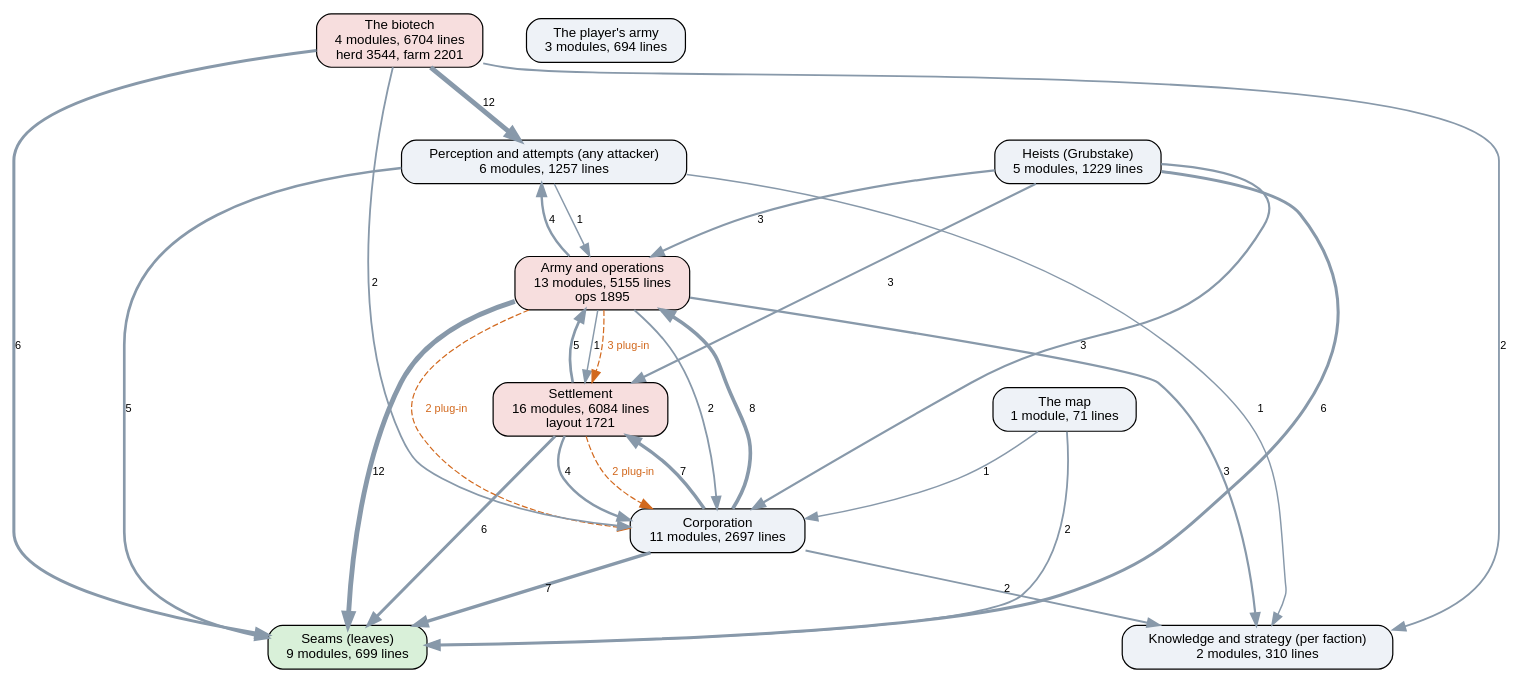
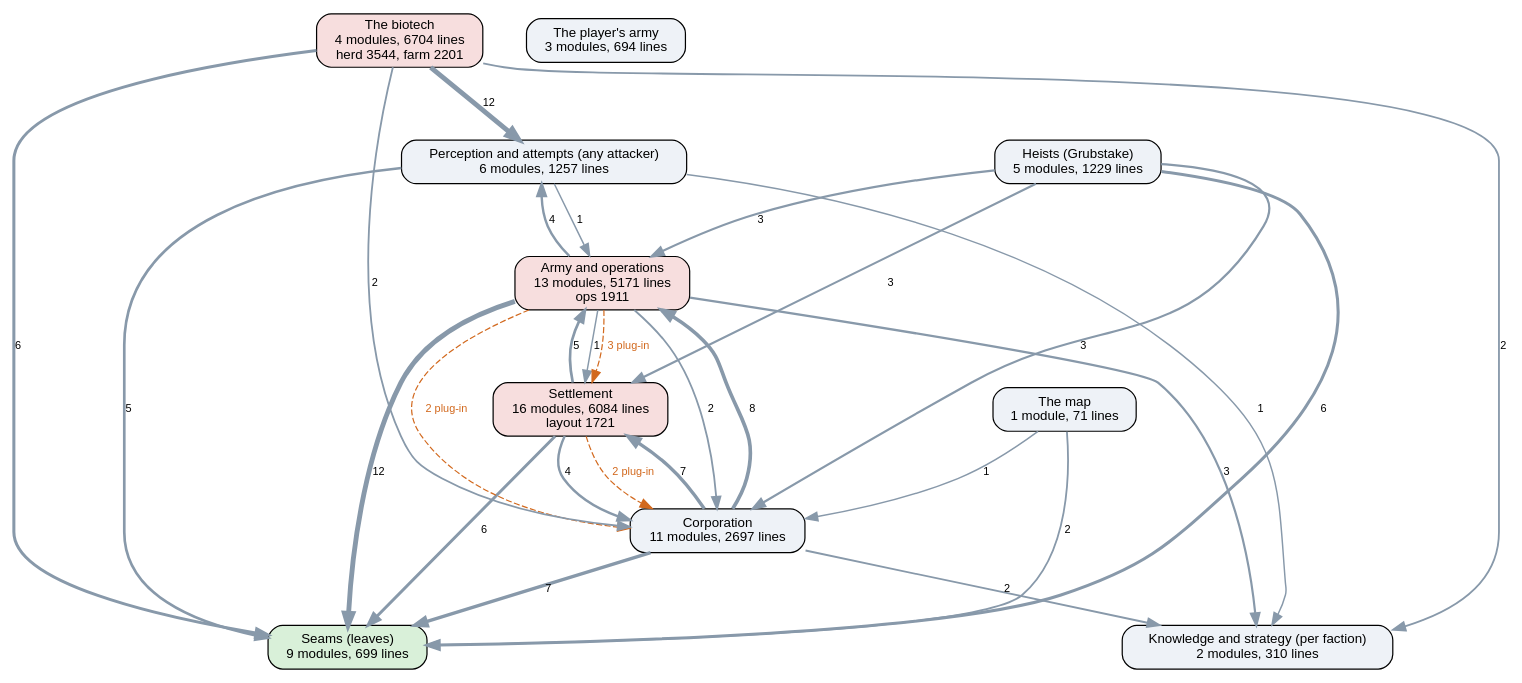
One commit to kinelhu/landing-party changed the diagram in docs/ai-layers.dot. Above: the diagram before and after it, drawn with Graphviz. The commit also changed 9 other files, not shown here.

```diff
--- a/docs/ai-layers.dot
+++ b/docs/ai-layers.dot
@@ -1,43 +1,43 @@
 digraph layers {
   graph [rankdir=TB, fontname="Helvetica", nodesep=0.5, ranksep=0.7];
   node [shape=box, style="rounded,filled", fontname="Helvetica", fontsize=11, fillcolor="#eef2f7"];
   edge [color="#8899aa", fontname="Helvetica", fontsize=9];
   "Seams (leaves)" [label="Seams (leaves)\n9 modules, 699 lines", fillcolor="#d9f0d9"];
   "Perception and attempts (any attacker)" [label="Perception and attempts (any attacker)\n6 modules, 1257 lines", fillcolor="#eef2f7"];
   "Knowledge and strategy (per faction)" [label="Knowledge and strategy (per faction)\n2 modules, 310 lines", fillcolor="#eef2f7"];
   "Corporation" [label="Corporation\n11 modules, 2697 lines", fillcolor="#eef2f7"];
   "Settlement" [label="Settlement\n16 modules, 6084 lines\nlayout 1721", fillcolor="#f7dede"];
-  "Army and operations" [label="Army and operations\n13 modules, 5155 lines\nops 1895", fillcolor="#f7dede"];
+  "Army and operations" [label="Army and operations\n13 modules, 5171 lines\nops 1911", fillcolor="#f7dede"];
   "Heists (Grubstake)" [label="Heists (Grubstake)\n5 modules, 1229 lines", fillcolor="#eef2f7"];
   "The biotech" [label="The biotech\n4 modules, 6704 lines\nherd 3544, farm 2201", fillcolor="#f7dede"];
   "The map" [label="The map\n1 module, 71 lines", fillcolor="#eef2f7"];
   "The player's army" [label="The player's army\n3 modules, 694 lines", fillcolor="#eef2f7"];
   "Army and operations" -> "Corporation" [label="2", penwidth=1.5];
   "Army and operations" -> "Knowledge and strategy (per faction)" [label="3", penwidth=1.8];
   "Army and operations" -> "Perception and attempts (any attacker)" [label="4", penwidth=2.0];
   "Army and operations" -> "Seams (leaves)" [label="12", penwidth=4.0];
   "Army and operations" -> "Settlement" [label="1", penwidth=1.2];
   "Corporation" -> "Army and operations" [label="8", penwidth=3.0];
   "Corporation" -> "Knowledge and strategy (per faction)" [label="2", penwidth=1.5];
   "Corporation" -> "Seams (leaves)" [label="7", penwidth=2.8];
   "Corporation" -> "Settlement" [label="7", penwidth=2.8];
   "Heists (Grubstake)" -> "Army and operations" [label="3", penwidth=1.8];
   "Heists (Grubstake)" -> "Corporation" [label="3", penwidth=1.8];
   "Heists (Grubstake)" -> "Seams (leaves)" [label="6", penwidth=2.5];
   "Heists (Grubstake)" -> "Settlement" [label="3", penwidth=1.8];
   "Perception and attempts (any attacker)" -> "Army and operations" [label="1", penwidth=1.2];
   "Perception and attempts (any attacker)" -> "Knowledge and strategy (per faction)" [label="1", penwidth=1.2];
   "Perception and attempts (any attacker)" -> "Seams (leaves)" [label="5", penwidth=2.2];
   "Settlement" -> "Army and operations" [label="5", penwidth=2.2];
   "Settlement" -> "Corporation" [label="4", penwidth=2.0];
   "Settlement" -> "Seams (leaves)" [label="6", penwidth=2.5];
   "The biotech" -> "Corporation" [label="2", penwidth=1.5];
   "The biotech" -> "Knowledge and strategy (per faction)" [label="2", penwidth=1.5];
   "The biotech" -> "Perception and attempts (any attacker)" [label="12", penwidth=4.0];
   "The biotech" -> "Seams (leaves)" [label="6", penwidth=2.5];
   "The map" -> "Corporation" [label="1", penwidth=1.2];
   "The map" -> "Seams (leaves)" [label="2", penwidth=1.5];
   "Army and operations" -> "Corporation" [style=dashed, color="#d2691e", fontcolor="#d2691e", label="2 plug-in"];
   "Army and operations" -> "Settlement" [style=dashed, color="#d2691e", fontcolor="#d2691e", label="3 plug-in"];
   "Settlement" -> "Corporation" [style=dashed, color="#d2691e", fontcolor="#d2691e", label="2 plug-in"];
 }
```
